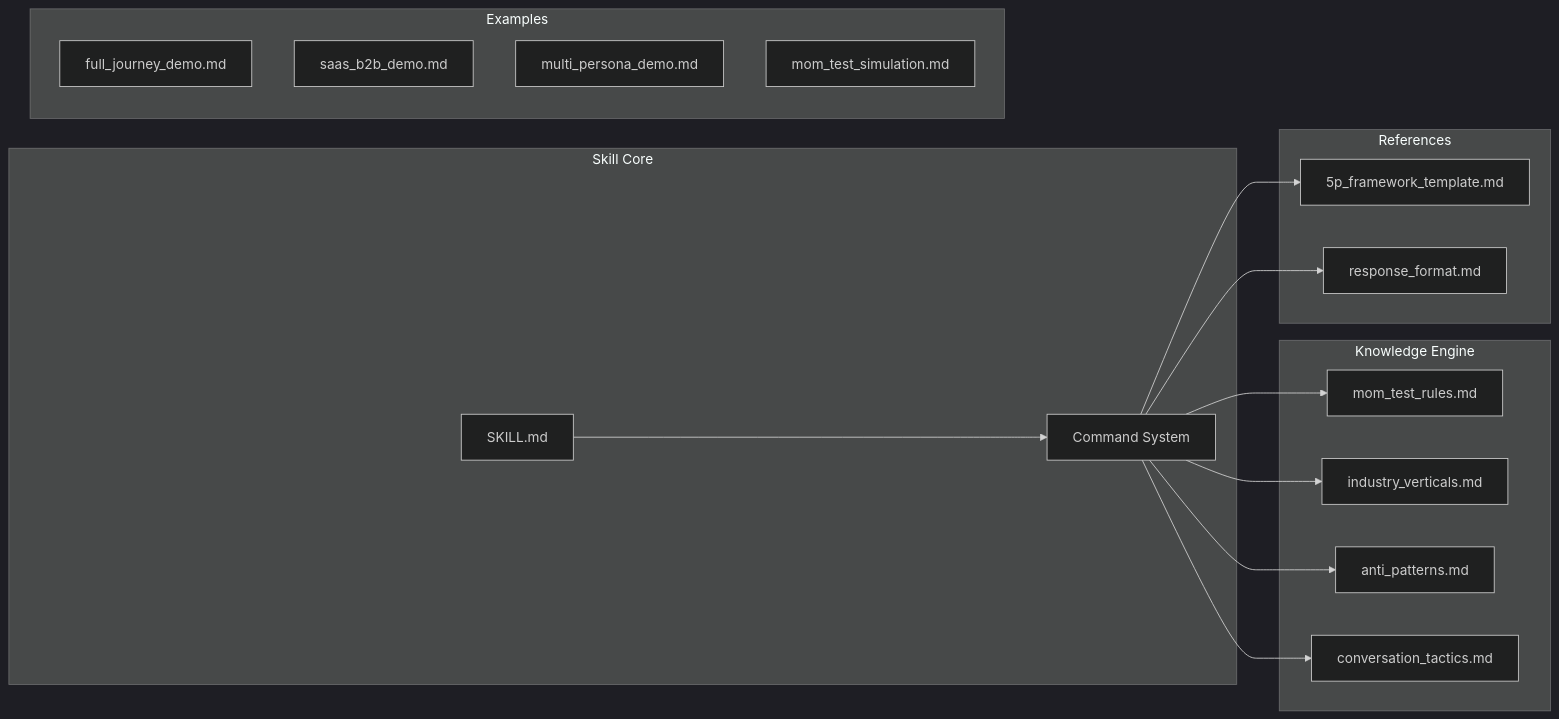
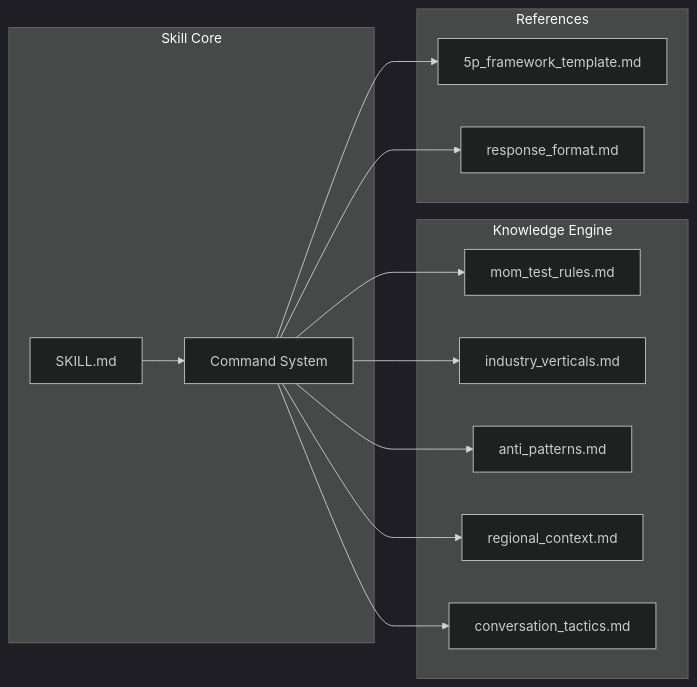
One commit to datht-work/PersonaTwin-skill changed the diagram in .agents/skills/personatwin/README.md. Above: the diagram before and after it, drawn with Mermaid (dark theme). The commit also changed other lines of this file and 18 other files, not shown here.

````diff
--- a/.agents/skills/personatwin/README.md
+++ b/.agents/skills/personatwin/README.md
@@ -30,24 +48,19 @@
 ```mermaid
 graph LR
     subgraph Skill Core
         A[SKILL.md] --> B[Command System]
     end
     subgraph Knowledge Engine
         C[mom_test_rules.md]
         D[industry_verticals.md]
         E[anti_patterns.md]
-        F[conversation_tactics.md]
+        F[regional_context.md]
+        M[conversation_tactics.md]
     end
     subgraph References
         G[5p_framework_template.md]
         H[response_format.md]
     end
-    subgraph Examples
-        I[full_journey_demo.md]
-        J[saas_b2b_demo.md]
-        K[multi_persona_demo.md]
-        L[mom_test_simulation.md]
-    end
-    B --> C & D & E & F
+    B --> C & D & E & F & M
     B --> G & H
 ```
````
